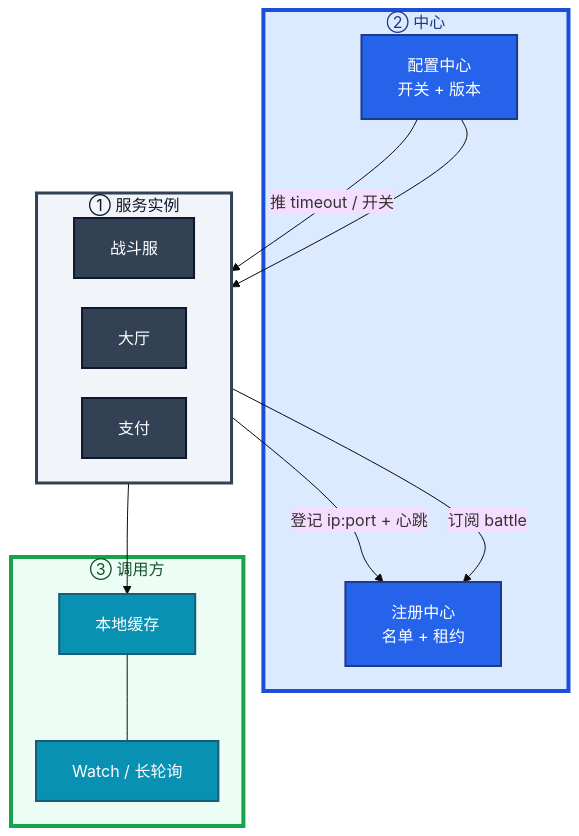
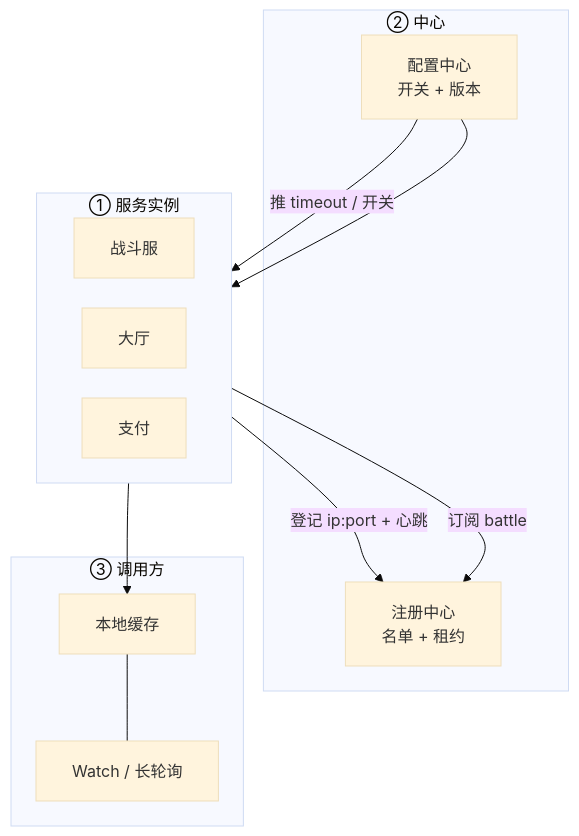
One commit to ml-cuizijun/LearnToLilith changed the second of 8 diagrams in 02-中间件与数据库/08-注册中心与配置中心/知识点.md. Above: the diagram before and after it, drawn with Mermaid. The commit also changed other lines of this file and 470 other files, not shown here.

````diff
--- a/02-中间件与数据库/08-注册中心与配置中心/知识点.md
+++ b/02-中间件与数据库/08-注册中心与配置中心/知识点.md
@@ -86,38 +86,32 @@
 ```mermaid
 %%{init: {"flowchart": {"padding": 18, "nodeSpacing": 30, "rankSpacing": 50}, "theme": "base"}}%%
 flowchart TB
     subgraph servers ["① 服务实例"]
         direction LR
         battle[战斗服]
         hall[大厅]
         pay[支付]
     end
 
     subgraph center ["② 中心"]
         reg["注册中心<br/>名单 + 租约"]
         cfg["配置中心<br/>开关 + 版本"]
     end
 
     subgraph client ["③ 调用方"]
         cache[本地缓存]
         watch[Watch / 长轮询]
         cache --- watch
     end
 
     battle -->|"登记 ip:port + 心跳"| reg
     hall -->|"订阅 battle"| reg
     hall --> cache
     cfg -->|"推 timeout / 开关"| hall
     cfg --> battle
 
-    classDef inst fill:#334155,stroke:#0F172A,stroke-width:2px,color:#fff
-    classDef ctr fill:#2563EB,stroke:#1E3A8A,stroke-width:2px,color:#fff
-    classDef cacheC fill:#0891B2,stroke:#155E75,stroke-width:2px,color:#fff
     class battle,hall,pay inst
     class reg,cfg ctr
     class cache,watch cacheC
 
-    style servers fill:#F1F5F9,stroke:#334155,stroke-width:3px,color:#0F172A
-    style center fill:#DBEAFE,stroke:#1D4ED8,stroke-width:4px,color:#1E3A8A
-    style client fill:#ECFDF5,stroke:#16A34A,stroke-width:4px,color:#14532D
 ```
````
